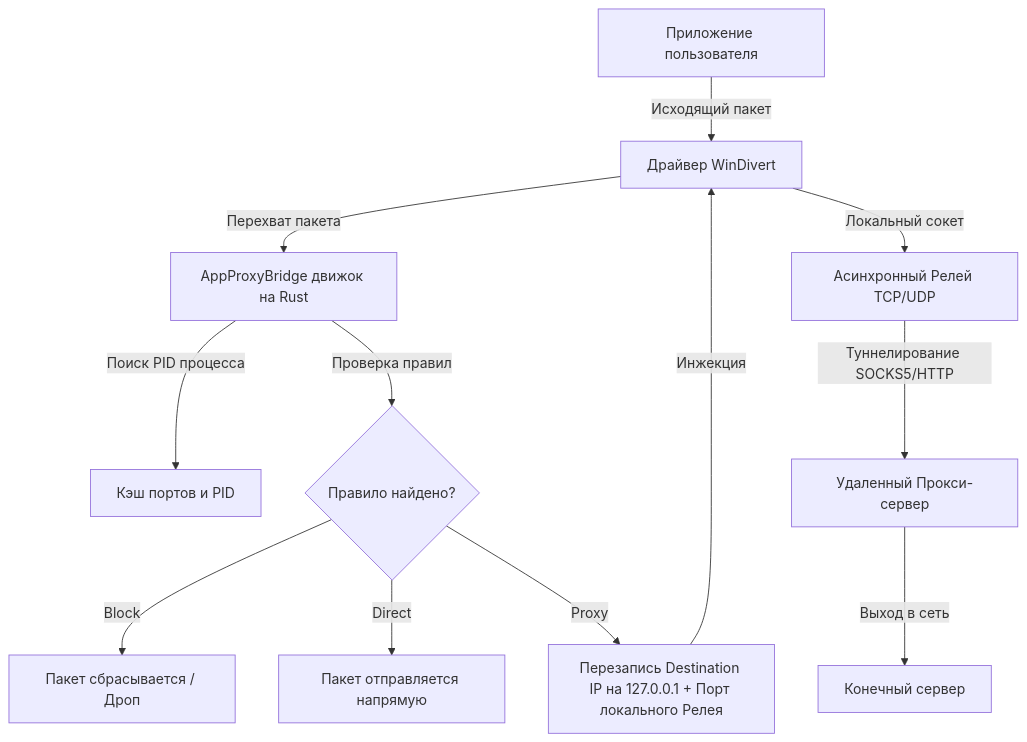
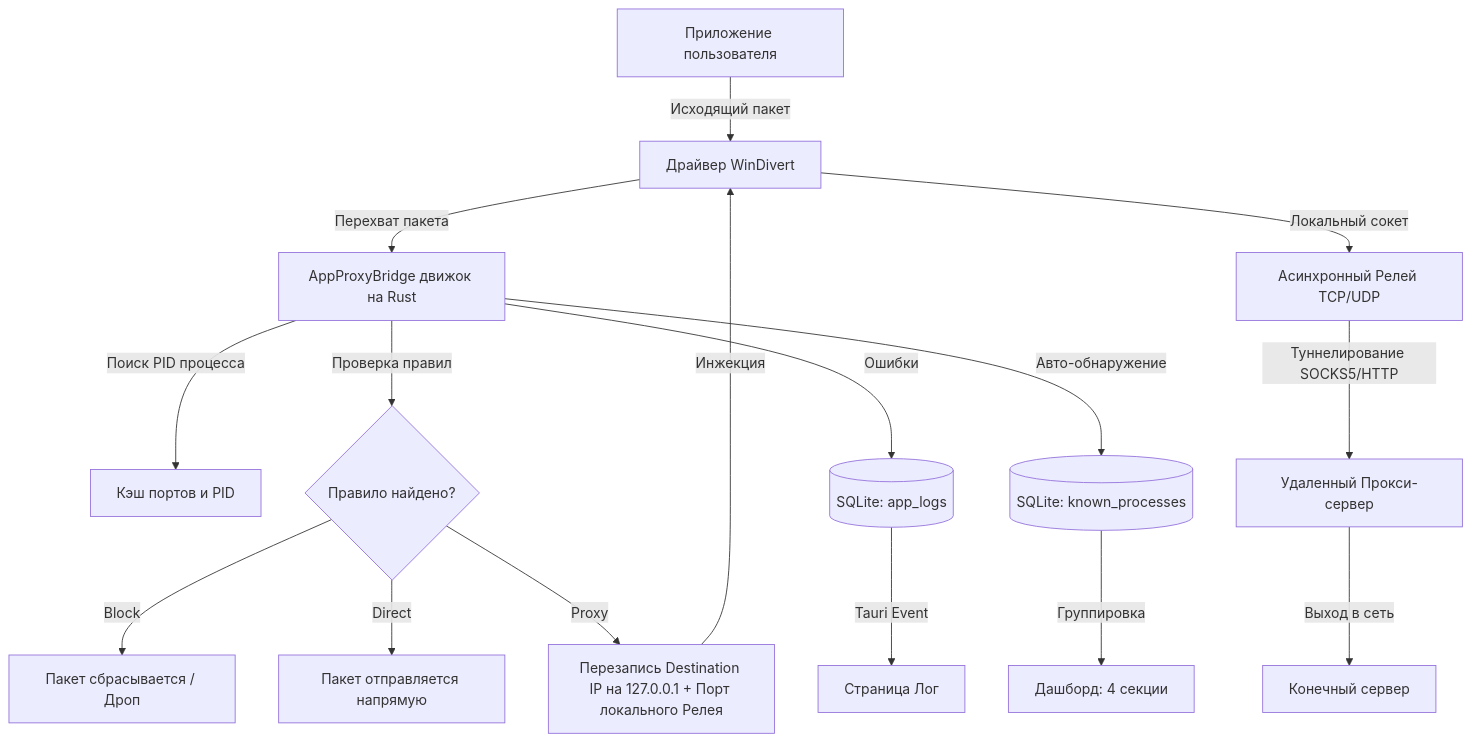
One commit to truecoders/AppProxyBridge changed the diagram in README.md. Above: the diagram before and after it, drawn with Mermaid. The commit also changed other lines of this file and 4 other files, not shown here.

````diff
--- a/README.md
+++ b/README.md
@@ -72,16 +89,21 @@
 ```mermaid
 flowchart TD
     App[Приложение пользователя] -->|Исходящий пакет| WD[Драйвер WinDivert]
     WD -->|Перехват пакета| Engine[AppProxyBridge движок на Rust]
     Engine -->|Поиск PID процесса| Cache[Кэш портов и PID]
     Engine -->|Проверка правил| Rules{Правило найдено?}
     
     Rules -->|Block| Block[Пакет сбрасывается / Дроп]
     Rules -->|Direct| Direct[Пакет отправляется напрямую]
     Rules -->|Proxy| Rewrite[Перезапись Destination IP на 127.0.0.1 + Порт локального Релея]
     
     Rewrite -->|Инжекция| WD
     WD -->|Локальный сокет| Relay[Асинхронный Релей TCP/UDP]
     Relay -->|Туннелирование SOCKS5/HTTP| RemoteProxy[Удаленный Прокси-сервер]
     RemoteProxy -->|Выход в сеть| Dest[Конечный сервер]
+    
+    Engine -->|Ошибки| Logs[(SQLite: app_logs)]
+    Logs -->|Tauri Event| UI[Страница Лог]
+    Engine -->|Авто-обнаружение| KP[(SQLite: known_processes)]
+    KP -->|Группировка| Dashboard[Дашборд: 4 секции]
 ```
````
